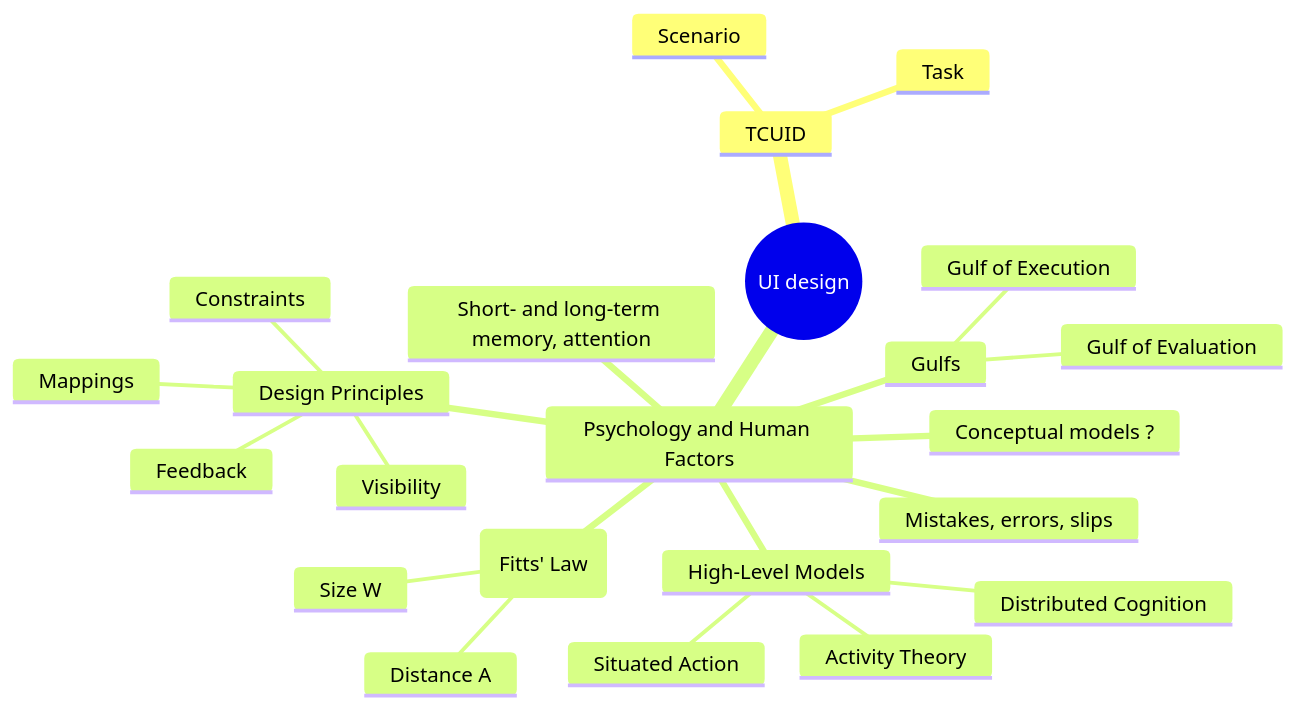
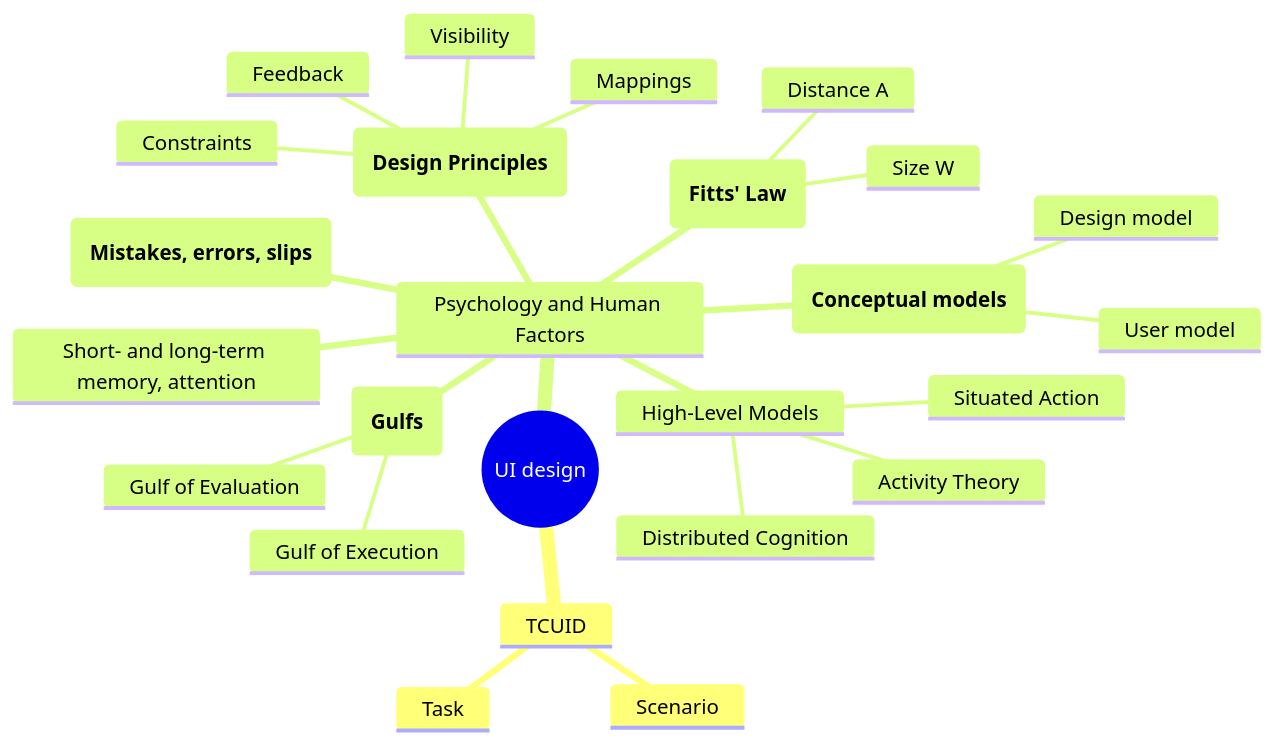
One commit to chernyshevdv/chernyshevdv changed the diagram in tcuid.md. Above: the diagram before and after it, drawn with Mermaid.

````diff
--- a/tcuid.md
+++ b/tcuid.md
@@ -3,27 +3,28 @@
 ```mermaid
 mindmap
   root((UI design))
     TCUID
       Task
       Scenario
     Psychology and Human Factors
-      FL(Fitts' Law)
-      ::icon(fa fa-people-arrows)
+      FL(**Fitts' Law**)
         Size W
         Distance A
-      Mistakes, errors, slips
-      Conceptual models ?
-      Gulfs
+      MES(**Mistakes, errors, slips**)
+      CM(**Conceptual models**)
+        Design model
+        User model
+      G(**Gulfs**)
         Gulf of Execution
         Gulf of Evaluation
       Short- and long-term memory, attention
-      Design Principles
+      DP(**Design Principles**)
         Visibility
         Feedback
         Mappings
         Constraints
       High-Level Models
         Distributed Cognition
         Activity Theory
         Situated Action
 ```
````
